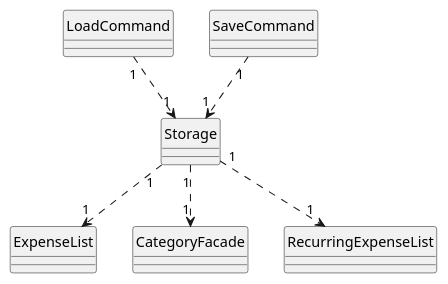
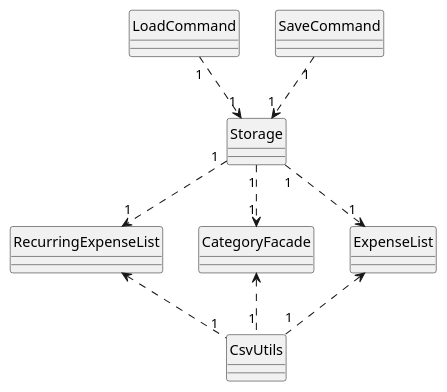
The diagram in docs/diagrams/plantuml/StorageInteraction.puml (nus-cs2113-AY2425S1/tp), drawn with PlantUML before and after one commit. The commit also changed 2 other files, not shown here.

```diff
--- a/docs/diagrams/plantuml/StorageInteraction.puml
+++ b/docs/diagrams/plantuml/StorageInteraction.puml
@@ -1,24 +1,28 @@
 @startuml
 skinparam classAttributeIconSize 0
 hide circle
 
 class Storage {
 }
 
 class ExpenseList {
 }
 
 class CategoryFacade {
 }
 
 class RecurringExpenseList {
 }
 
 LoadCommand "1" ..> "1" Storage
 SaveCommand "1" ..> "1" Storage
 
 Storage "1" ..> "1" ExpenseList
 Storage "1" ..> "1" CategoryFacade
 Storage "1" ..> "1" RecurringExpenseList
 
+CsvUtils "1" .up.> ExpenseList
+CsvUtils "1" .up.> CategoryFacade
+CsvUtils "1" .up.> RecurringExpenseList
+
 @enduml
```
